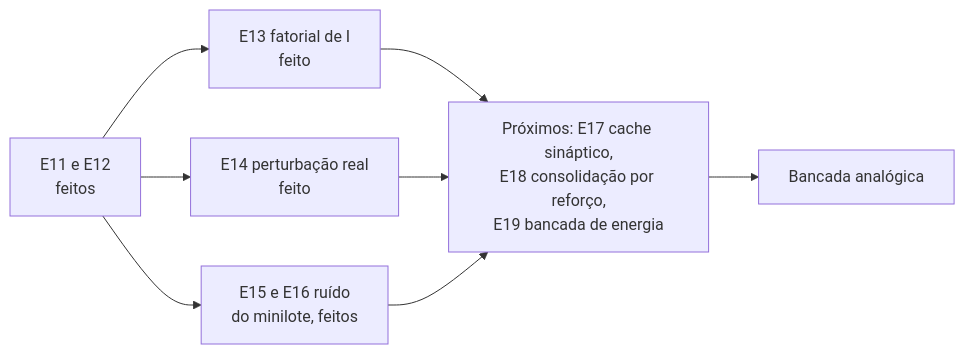
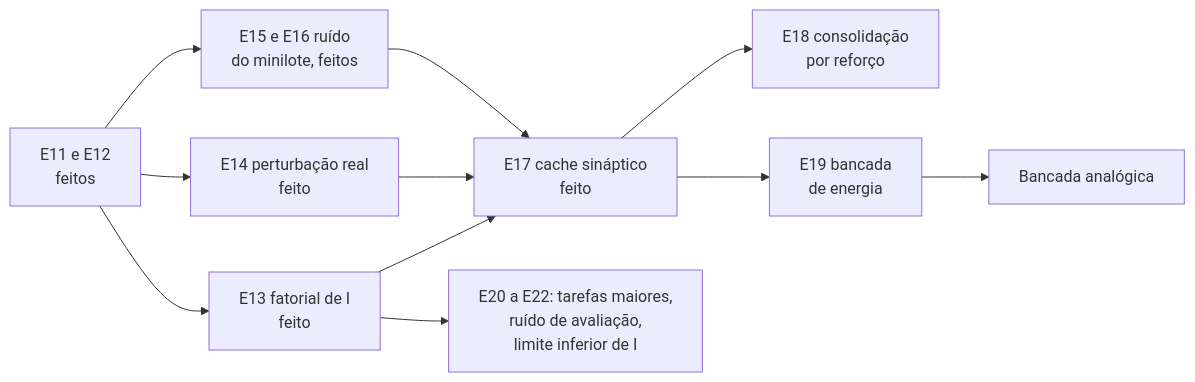
The diagram in docs/06-roteiro.md (matheuscbs/quantcomput), drawn with Mermaid before and after one commit. The commit also changed other lines of this file and 16 other files, not shown here.

````diff
--- a/docs/06-roteiro.md
+++ b/docs/06-roteiro.md
@@ -7,10 +7,13 @@
 ```mermaid
 flowchart LR
     A["E11 e E12<br/>feitos"] --> C["E13 fatorial de I<br/>feito"]
     A --> D["E14 perturbação real<br/>feito"]
     A --> F["E15 e E16 ruído<br/>do minilote, feitos"]
-    C --> G["Próximos: E17 cache sináptico,<br/>E18 consolidação por reforço,<br/>E19 bancada de energia"]
-    D --> G
-    F --> G
-    G --> E["Bancada analógica"]
+    C --> H["E17 cache sináptico<br/>feito"]
+    D --> H
+    F --> H
+    H --> G1["E18 consolidação<br/>por reforço"]
+    H --> G2["E19 bancada<br/>de energia"]
+    C --> G3["E20 a E22: tarefas maiores,<br/>ruído de avaliação,<br/>limite inferior de I"]
+    G2 --> E["Bancada analógica"]
 ```
````
